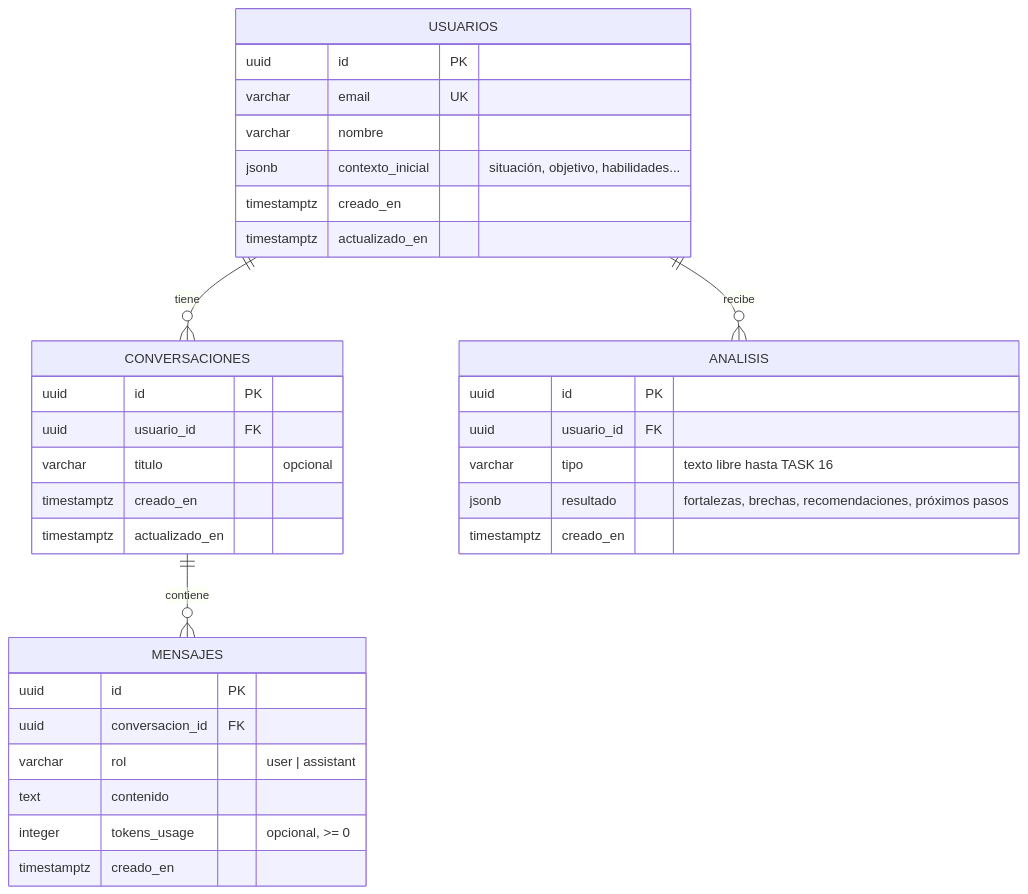
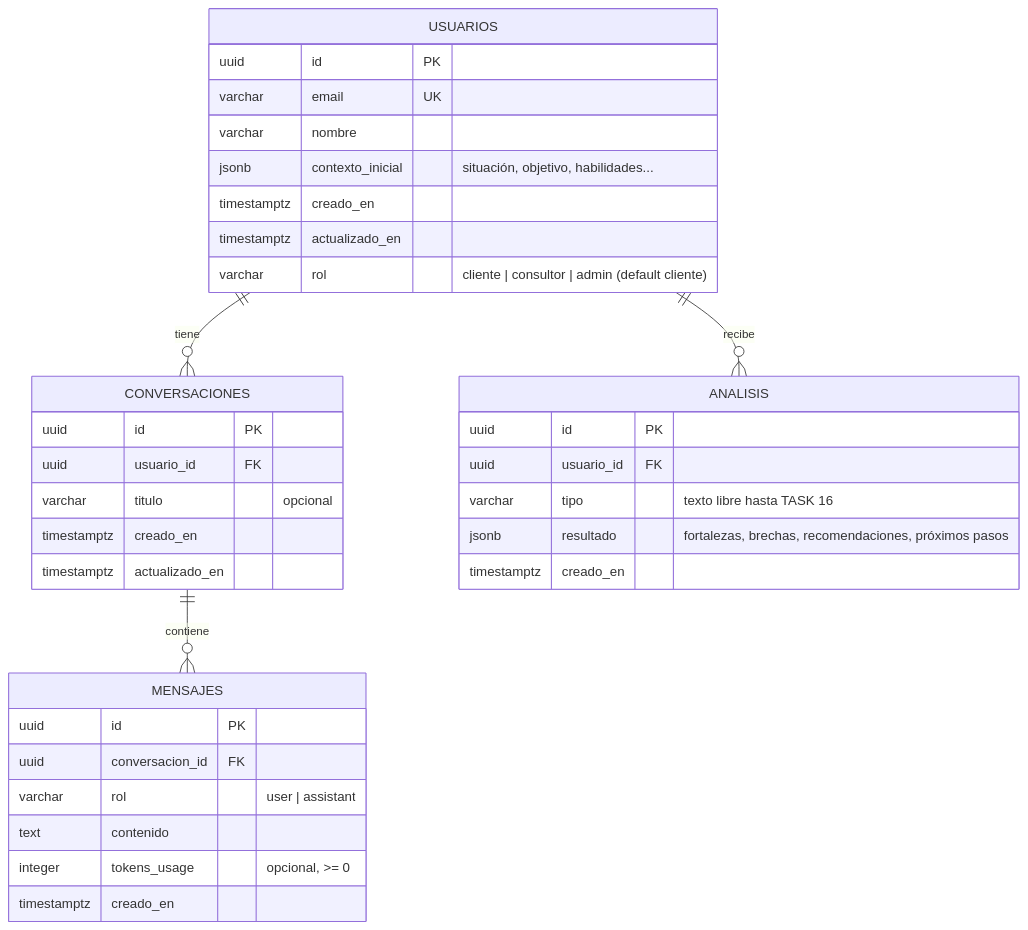
Before and after one commit to esalinascl/rutadecarrera-platform: the diagram in docs/database-schema.md, drawn with Mermaid. The commit also changed other lines of this file and 14 other files, not shown here.

````diff
--- a/docs/database-schema.md
+++ b/docs/database-schema.md
@@ -18,37 +18,38 @@
 ```mermaid
 erDiagram
     USUARIOS ||--o{ CONVERSACIONES : "tiene"
     USUARIOS ||--o{ ANALISIS : "recibe"
     CONVERSACIONES ||--o{ MENSAJES : "contiene"
 
     USUARIOS {
         uuid id PK
         varchar email UK
         varchar nombre
         jsonb contexto_inicial "situación, objetivo, habilidades..."
         timestamptz creado_en
         timestamptz actualizado_en
+        varchar rol "cliente | consultor | admin (default cliente)"
     }
     CONVERSACIONES {
         uuid id PK
         uuid usuario_id FK
         varchar titulo "opcional"
         timestamptz creado_en
         timestamptz actualizado_en
     }
     MENSAJES {
         uuid id PK
         uuid conversacion_id FK
         varchar rol "user | assistant"
         text contenido
         integer tokens_usage "opcional, >= 0"
         timestamptz creado_en
     }
     ANALISIS {
         uuid id PK
         uuid usuario_id FK
         varchar tipo "texto libre hasta TASK 16"
         jsonb resultado "fortalezas, brechas, recomendaciones, próximos pasos"
         timestamptz creado_en
     }
 ```
````
